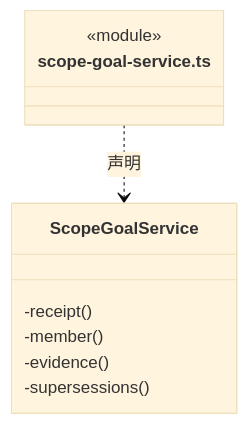
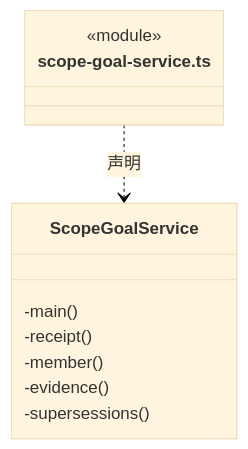
One commit to nan023062/cbim changed diagram 21 of 28 in src/backend/scheduler-engine/execution/ARCHITECTURE.md. Above: the diagram before and after it, drawn with Mermaid (base theme). The commit also changed other lines of this file and 49 other files, not shown here.

````diff
--- a/src/backend/scheduler-engine/execution/ARCHITECTURE.md
+++ b/src/backend/scheduler-engine/execution/ARCHITECTURE.md
@@ -576,13 +582,14 @@
 ```mermaid
 classDiagram
 class N_src_backend_scheduler_engine_execution_scope_goal_service_ts["scope-goal-service.ts"] {
   <<module>>
 }
 class N_src_backend_scheduler_engine_execution_scope_goal_service_ts_ScopeGoalService["ScopeGoalService"] {
+  -main()
   -receipt()
   -member()
   -evidence()
   -supersessions()
 }
 N_src_backend_scheduler_engine_execution_scope_goal_service_ts ..> N_src_backend_scheduler_engine_execution_scope_goal_service_ts_ScopeGoalService : 声明
 ```
````
